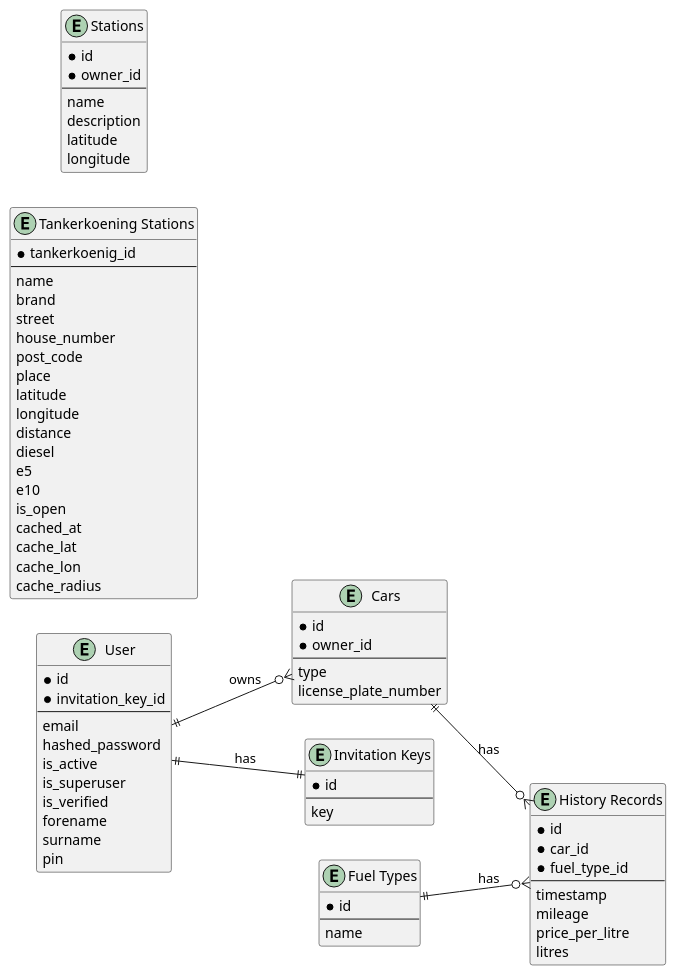
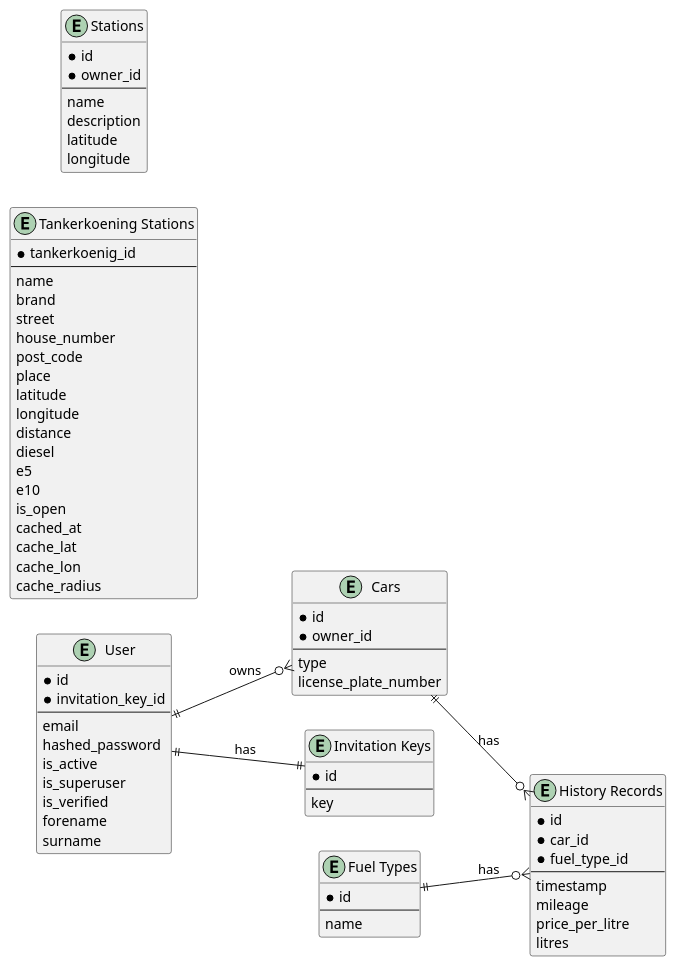
The diagram in docs/er-model.md (SQS-THRO/Tanker24), drawn with PlantUML before and after one commit.

Commit message:
Removed pin from ER model

```diff
--- a/docs/er-model.md
+++ b/docs/er-model.md
@@ -18,7 +18,6 @@
   is_verified
   forename
   surname
-  pin
 }
 
 entity "Cars" as Car {
```
